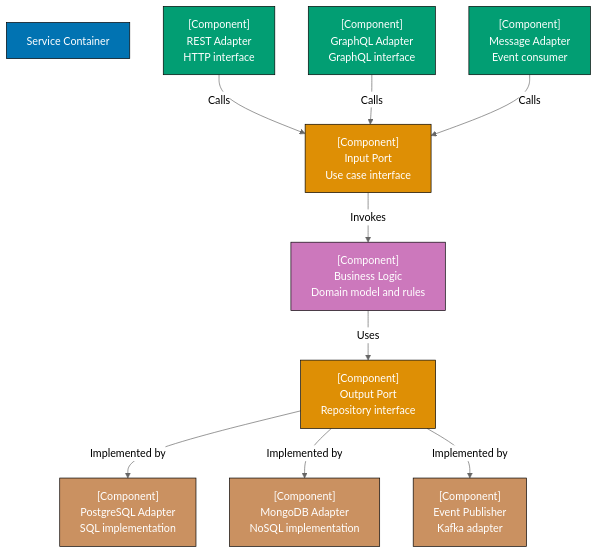
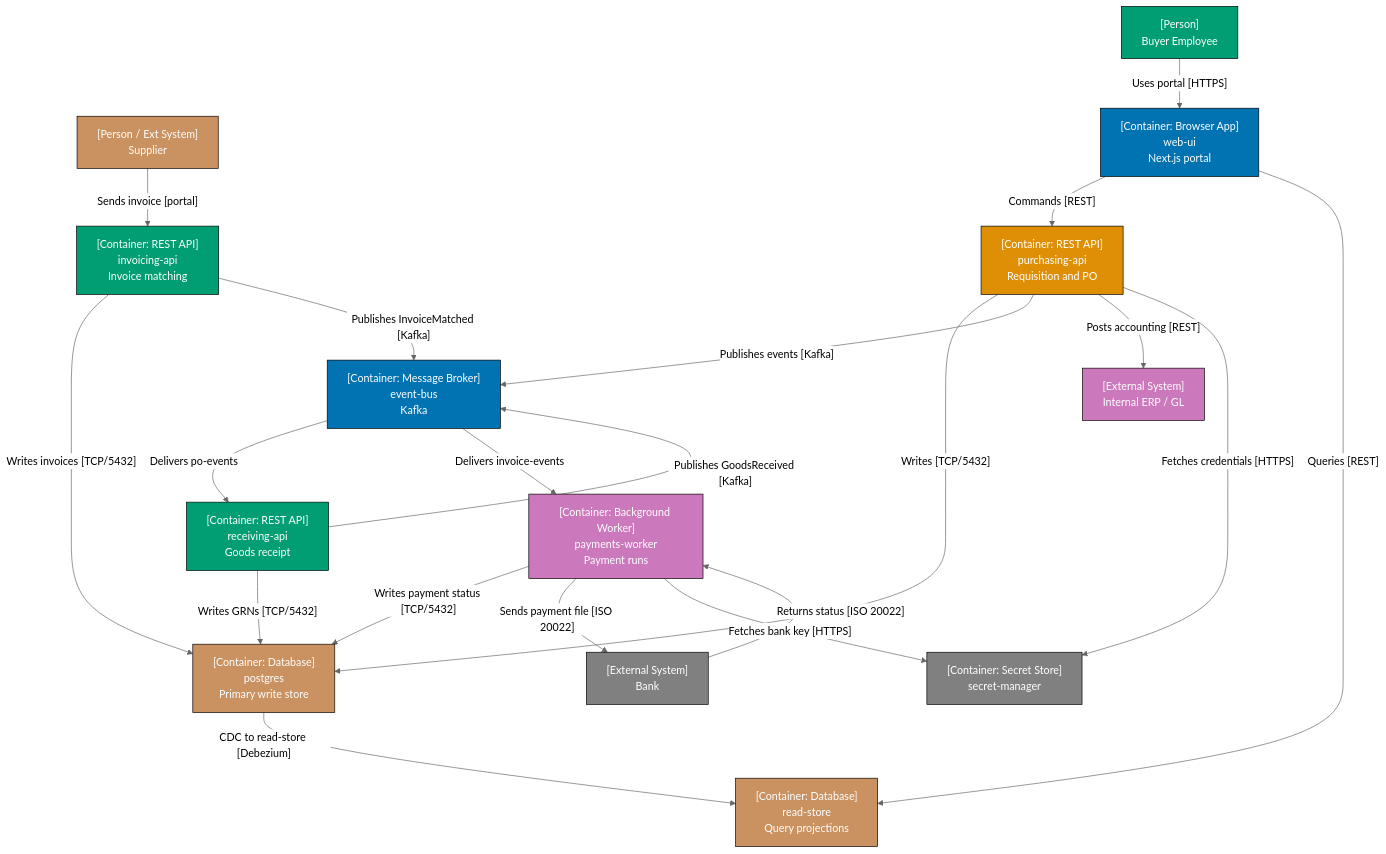
Before and after one commit to wahidyankf/open-sharia-enterprise: the seventh of 30 diagrams in apps/ayokoding-web/content/en/learn/software-engineering/architecture/c4-architecture-model/by-example/intermediate.md, drawn with Mermaid (neutral theme). The commit also changed other lines of this file and 38 other files, not shown here.

First line of the commit message:
docs(ayokoding-web): unify architecture tutorials on shared P2P domain

````diff
--- a/apps/ayokoding-web/content/en/learn/software-engineering/architecture/c4-architecture-model/by-example/intermediate.md
+++ b/apps/ayokoding-web/content/en/learn/software-engineering/architecture/c4-architecture-model/by-example/intermediate.md
@@ -130,41 +236,51 @@
 ```mermaid
 graph TD
-    ServiceCore["Service Container"]
+    Buyer["[Person]<br/>Buyer Employee"]
+    Supplier["[Person / Ext System]<br/>Supplier"]
+    Bank["[External System]<br/>Bank"]
+    ERP["[External System]<br/>Internal ERP / GL"]
 
-    RESTAdapter["[Component]<br/>REST Adapter<br/>HTTP interface"]
-    GraphQLAdapter["[Component]<br/>GraphQL Adapter<br/>GraphQL interface"]
-    MessageAdapter["[Component]<br/>Message Adapter<br/>Event consumer"]
+    WebUI["[Container: Browser App]<br/>web-ui<br/>Next.js portal"]
+    PurchAPI["[Container: REST API]<br/>purchasing-api<br/>Requisition and PO"]
+    RecvAPI["[Container: REST API]<br/>receiving-api<br/>Goods receipt"]
+    InvAPI["[Container: REST API]<br/>invoicing-api<br/>Invoice matching"]
+    PayWorker["[Container: Background Worker]<br/>payments-worker<br/>Payment runs"]
+    EventBus["[Container: Message Broker]<br/>event-bus<br/>Kafka"]
+    PG["[Container: Database]<br/>postgres<br/>Primary write store"]
+    ReadStore["[Container: Database]<br/>read-store<br/>Query projections"]
+    SecretMgr["[Container: Secret Store]<br/>secret-manager"]
 
-    InputPort["[Component]<br/>Input Port<br/>Use case interface"]
+    Buyer -->|"Uses portal [HTTPS]"| WebUI
+    WebUI -->|"Commands [REST]"| PurchAPI
+    WebUI -->|"Queries [REST]"| ReadStore
+    PurchAPI -->|"Writes [TCP/5432]"| PG
+    PurchAPI -->|"Publishes events [Kafka]"| EventBus
+    RecvAPI -->|"Writes GRNs [TCP/5432]"| PG
+    RecvAPI -->|"Publishes GoodsReceived [Kafka]"| EventBus
+    InvAPI -->|"Writes invoices [TCP/5432]"| PG
+    InvAPI -->|"Publishes InvoiceMatched [Kafka]"| EventBus
+    EventBus -->|"Delivers po-events"| RecvAPI
+    EventBus -->|"Delivers invoice-events"| PayWorker
+    PG -->|"CDC to read-store [Debezium]"| ReadStore
+    PayWorker -->|"Writes payment status [TCP/5432]"| PG
+    PayWorker -->|"Sends payment file [ISO 20022]"| Bank
+    Bank -->|"Returns status [ISO 20022]"| PayWorker
+    PurchAPI -->|"Posts accounting [REST]"| ERP
+    Supplier -->|"Sends invoice [portal]"| InvAPI
+    PurchAPI -->|"Fetches credentials [HTTPS]"| SecretMgr
+    PayWorker -->|"Fetches bank key [HTTPS]"| SecretMgr
 
-    BusinessLogic["[Component]<br/>Business Logic<br/>Domain model and rules"]
-
-    OutputPort["[Component]<br/>Output Port<br/>Repository interface"]
-
-    PostgreSQLAdapter["[Component]<br/>PostgreSQL Adapter<br/>SQL implementation"]
-    MongoDBAdapter["[Component]<br/>MongoDB Adapter<br/>NoSQL implementation"]
-    EventPublisher["[Component]<br/>Event Publisher<br/>Kafka adapter"]
-
-    RESTAdapter -->|Calls| InputPort
-    GraphQLAdapter -->|Calls| InputPort
-    MessageAdapter -->|Calls| InputPort
-
-    InputPort -->|Invokes| BusinessLogic
-
-    BusinessLogic -->|Uses| OutputPort
-
-    OutputPort -->|Implemented by| PostgreSQLAdapter
-    OutputPort -->|Implemented by| MongoDBAdapter
-    OutputPort -->|Implemented by| EventPublisher
-
-    style ServiceCore fill:#0173B2,stroke:#000,color:#fff
-    style RESTAdapter fill:#029E73,stroke:#000,color:#fff
-    style GraphQLAdapter fill:#029E73,stroke:#000,color:#fff
-    style MessageAdapter fill:#029E73,stroke:#000,color:#fff
-    style InputPort fill:#DE8F05,stroke:#000,color:#fff
-    style BusinessLogic fill:#CC78BC,stroke:#000,color:#fff
-    style OutputPort fill:#DE8F05,stroke:#000,color:#fff
-    style PostgreSQLAdapter fill:#CA9161,stroke:#000,color:#fff
-    style MongoDBAdapter fill:#CA9161,stroke:#000,color:#fff
-    style EventPublisher fill:#CA9161,stroke:#000,color:#fff
+    style Buyer fill:#029E73,stroke:#000,color:#fff
+    style Supplier fill:#CA9161,stroke:#000,color:#fff
+    style Bank fill:#808080,stroke:#000,color:#fff
+    style ERP fill:#CC78BC,stroke:#000,color:#fff
+    style WebUI fill:#0173B2,stroke:#000,color:#fff
+    style PurchAPI fill:#DE8F05,stroke:#000,color:#fff
+    style RecvAPI fill:#029E73,stroke:#000,color:#fff
+    style InvAPI fill:#029E73,stroke:#000,color:#fff
+    style PayWorker fill:#CC78BC,stroke:#000,color:#fff
+    style EventBus fill:#0173B2,stroke:#000,color:#fff
+    style PG fill:#CA9161,stroke:#000,color:#fff
+    style ReadStore fill:#CA9161,stroke:#000,color:#fff
+    style SecretMgr fill:#808080,stroke:#000,color:#fff
 ```
````
